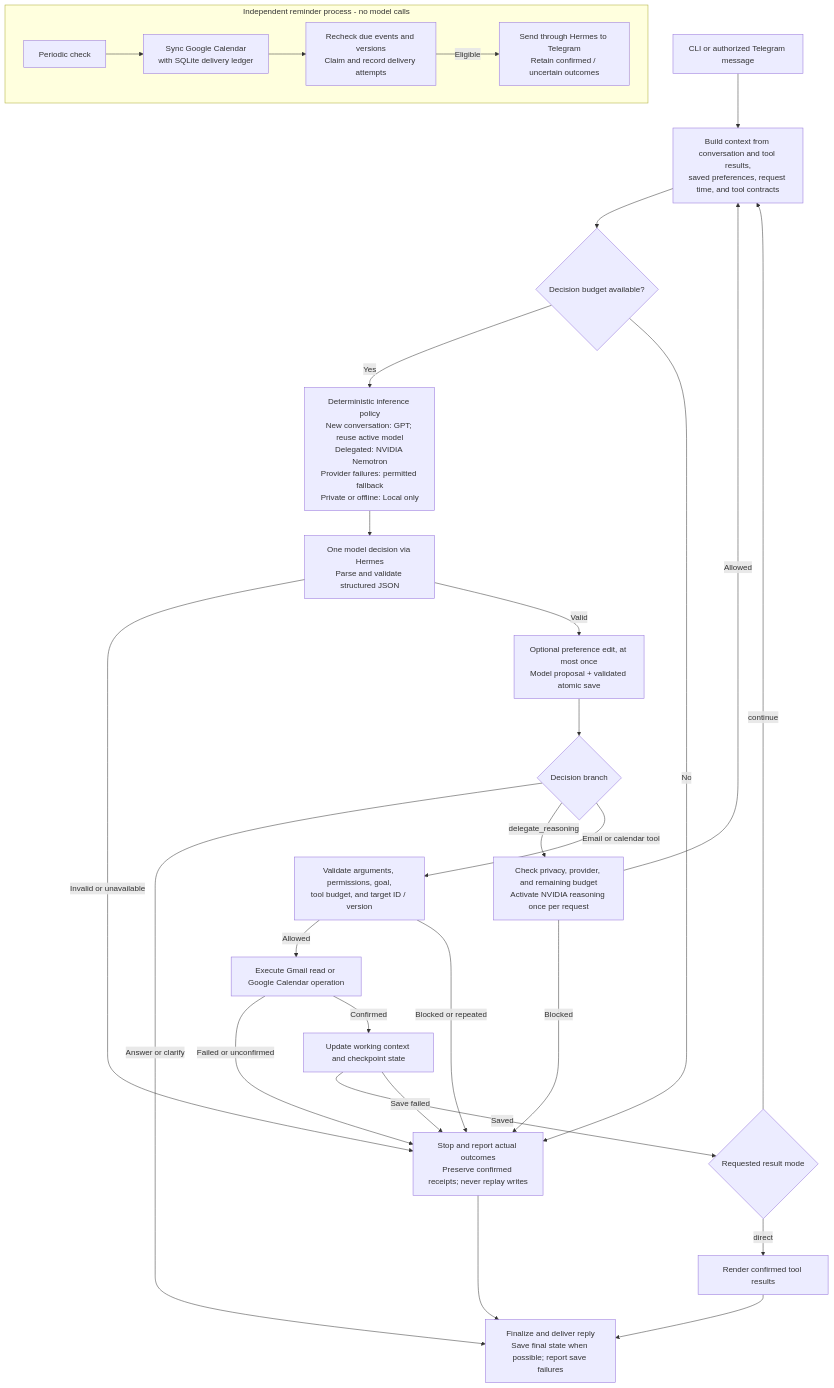
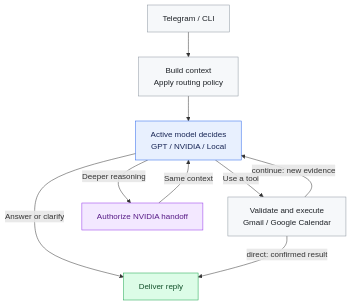
Before and after one commit to fyp-666/Personal-Assistant-with-Hybrid-LLM-Architecture: the diagram in README.md, drawn with Mermaid. The commit also changed other lines of this file, not shown here.

````diff
--- a/README.md
+++ b/README.md
@@ -22,32 +24,19 @@
 ```mermaid
-flowchart TD
-    Input["CLI or authorized Telegram message"] --> Context["Build context from conversation and tool results,<br/>saved preferences, request time, and tool contracts"]
-    Context --> Budget{"Decision budget available?"}
-    Budget -->|Yes| Route["Deterministic inference policy<br/>New conversation: GPT; reuse active model<br/>Delegated: NVIDIA Nemotron<br/>Provider failures: permitted fallback<br/>Private or offline: Local only"]
-    Route --> Decide["One model decision via Hermes<br/>Parse and validate structured JSON"]
-    Decide -->|Invalid or unavailable| Stop["Stop and report actual outcomes<br/>Preserve confirmed receipts; never replay writes"]
-    Decide -->|Valid| Memory["Optional preference edit, at most once<br/>Model proposal + validated atomic save"]
-    Memory --> Branch{"Decision branch"}
-    Branch -->|Answer or clarify| Finish["Finalize and deliver reply<br/>Save final state when possible; report save failures"]
-    Branch -->|delegate_reasoning| Handoff["Check privacy, provider, and remaining budget<br/>Activate NVIDIA reasoning once per request"]
-    Handoff -->|Allowed| Context
-    Handoff -->|Blocked| Stop
-    Branch -->|Email or calendar tool| Guard["Validate arguments, permissions, goal,<br/>tool budget, and target ID / version"]
-    Guard -->|Allowed| Tool["Execute Gmail read or Google Calendar operation"]
-    Guard -->|Blocked or repeated| Stop
-    Tool -->|Failed or unconfirmed| Stop
-    Tool -->|Confirmed| Checkpoint["Update working context and checkpoint state"]
-    Checkpoint -->|Saved| Mode{"Requested result mode"}
-    Checkpoint -->|Save failed| Stop
-    Mode -->|direct| Render["Render confirmed tool results"]
-    Render --> Finish
-    Mode -->|continue| Context
-    Budget -->|No| Stop
-    Stop --> Finish
+flowchart TB
+    Input["Telegram / CLI"] --> Context["Build context<br/>Apply routing policy"]
+    Context --> Decide["Active model decides<br/>GPT / NVIDIA / Local"]
+    Decide -->|Answer or clarify| Reply["Deliver reply"]
+    Decide -->|Use a tool| Tool["Validate and execute<br/>Gmail / Google Calendar"]
+    Decide -->|Deeper reasoning| Reason["Authorize NVIDIA handoff"]
+    Reason -->|Same context| Decide
+    Tool -->|continue: new evidence| Decide
+    Tool -->|direct: confirmed result| Reply
 
-    subgraph Reminders["Independent reminder process - no model calls"]
-        Tick["Periodic check"] --> Sync["Sync Google Calendar<br/>with SQLite delivery ledger"]
-        Sync --> Due["Recheck due events and versions<br/>Claim and record delivery attempts"]
-        Due -->|Eligible| Send["Send through Hermes to Telegram<br/>Retain confirmed / uncertain outcomes"]
-    end
+    classDef default fill:#f6f8fa,stroke:#8c959f,color:#1f2328
+    classDef model fill:#e8f0fe,stroke:#2563eb,color:#172554
+    classDef reasoning fill:#f3e8ff,stroke:#9333ea,color:#581c87
+    classDef output fill:#dcfce7,stroke:#16a34a,color:#14532d
+    class Decide model
+    class Reason reasoning
+    class Reply output
 ```
````
